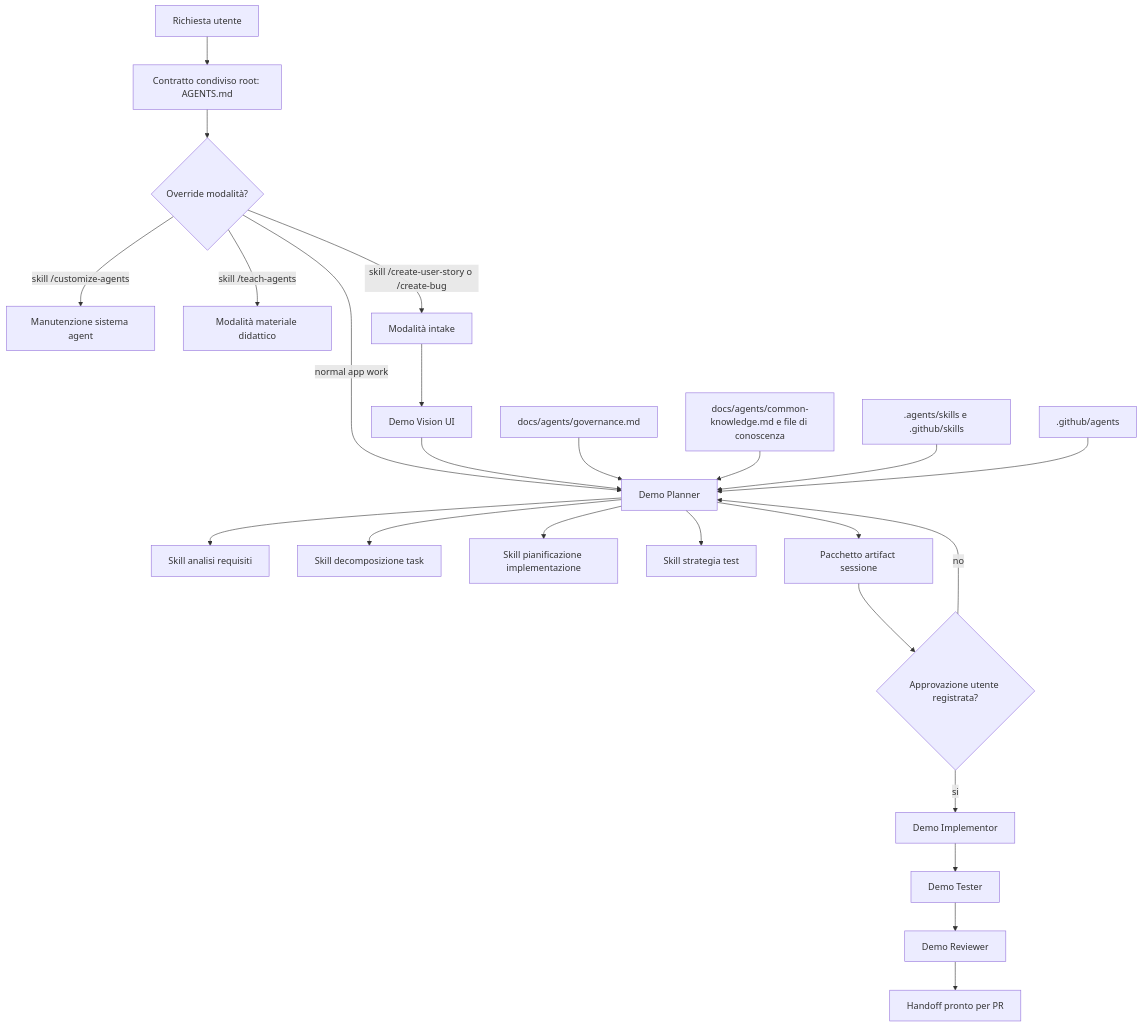
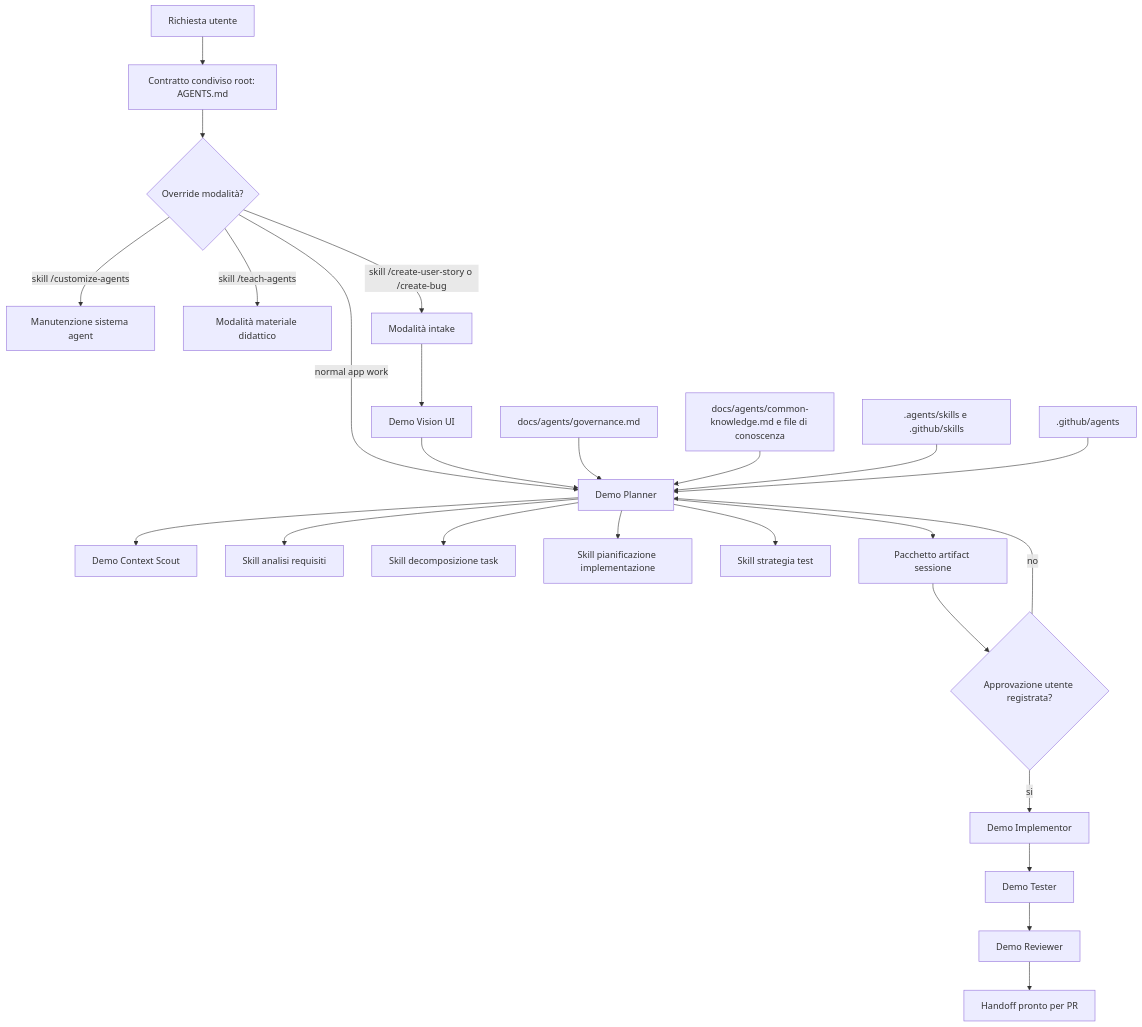
One commit to violabg/serviceDeskDemo changed the diagram in Teaching/system-map.md. Above: the diagram before and after it, drawn with Mermaid. The commit also changed other lines of this file and 17 other files, not shown here.

````diff
--- a/Teaching/system-map.md
+++ b/Teaching/system-map.md
@@ -7,30 +7,31 @@
 ```mermaid
 flowchart TD
   User[Richiesta utente] --> Root[Contratto condiviso root: AGENTS.md]
   Root --> Mode{Override modalità?}
   Mode -->|skill /customize-agents| AgentMaintenance[Manutenzione sistema agent]
   Mode -->|skill /teach-agents| Teaching[Modalità materiale didattico]
   Mode -->|skill /create-user-story o /create-bug| Intake[Modalità intake]
   Mode -->|normal app work| Planner[Demo Planner]
 
   Intake --> Vision[Demo Vision UI]
   Vision --> Planner
+  Planner --> Scout[Demo Context Scout]
   Planner --> Requirements[Skill analisi requisiti]
   Planner --> Tasks[Skill decomposizione task]
   Planner --> Plan[Skill pianificazione implementazione]
   Planner --> TestPlan[Skill strategia test]
   Planner --> Artifacts[Pacchetto artifact sessione]
 
   Artifacts --> Approval{Approvazione utente registrata?}
   Approval -->|si| Implementor[Demo Implementor]
   Approval -->|no| Planner
 
   Implementor --> Tester[Demo Tester]
   Tester --> Reviewer[Demo Reviewer]
   Reviewer --> PRReady[Handoff pronto per PR]
 
   Governance[docs/agents/governance.md] --> Planner
   Knowledge[docs/agents/common-knowledge.md e file di conoscenza] --> Planner
   Skills[.agents/skills e .github/skills] --> Planner
   Agents[.github/agents] --> Planner
 ```
````
